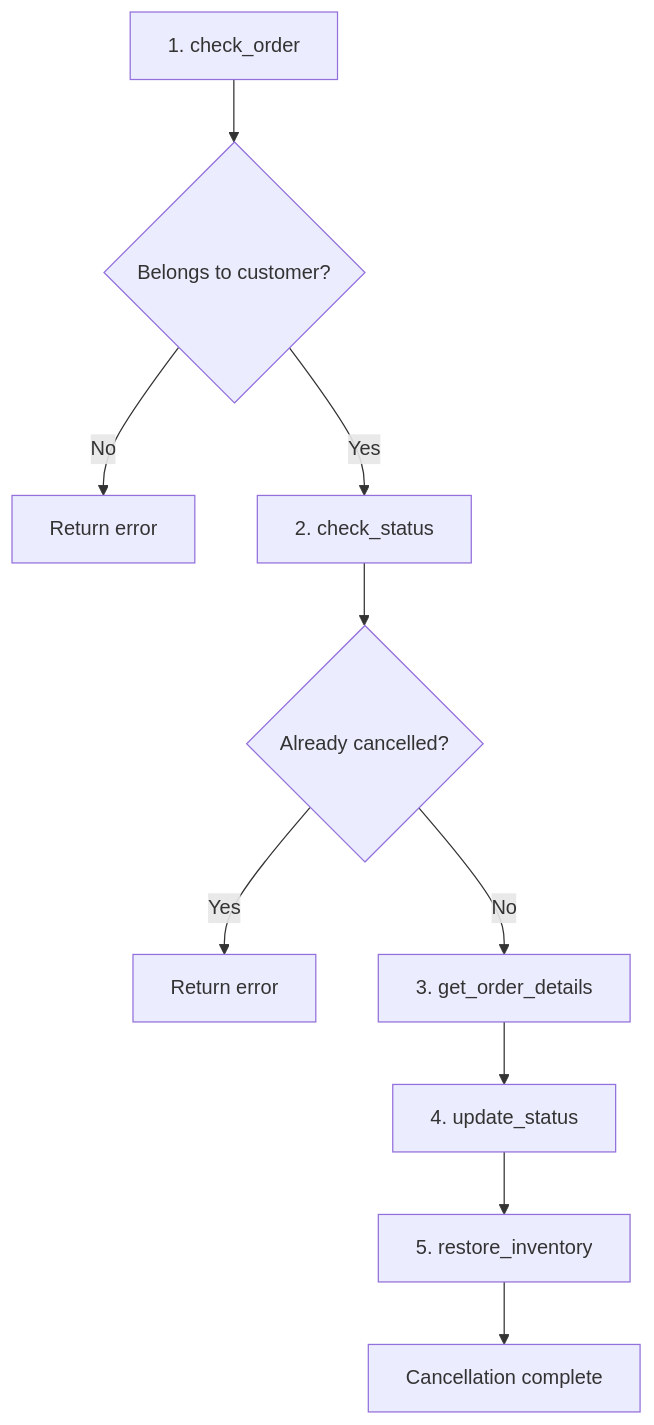
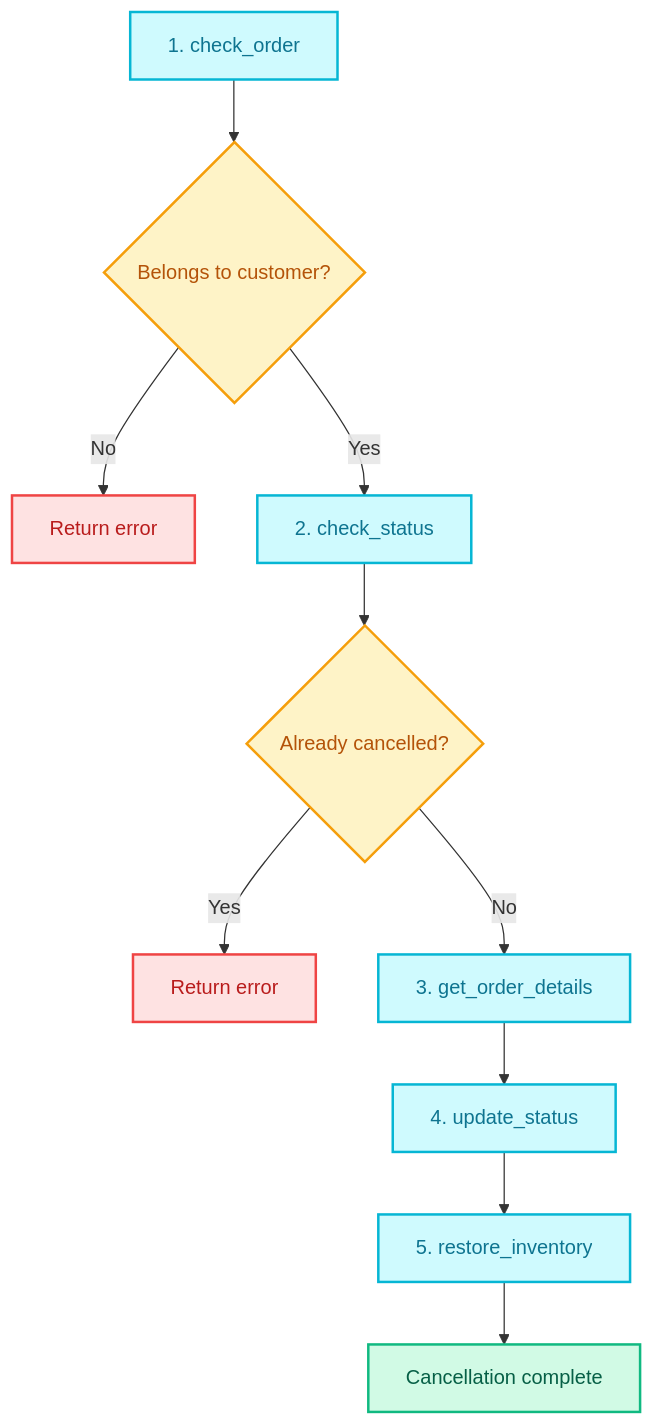
The diagram in docs/assets/diagrams/prompts/customer_cancel_order_sql_1.mmd (mhokchuekchuek/mtl_agent), drawn with Mermaid before and after one commit. The commit also changed 10 other files, not shown here.

Commit message:
docs: update mermaid diagram files

```diff
--- a/docs/assets/diagrams/prompts/customer_cancel_order_sql_1.mmd
+++ b/docs/assets/diagrams/prompts/customer_cancel_order_sql_1.mmd
@@ -1,10 +1,20 @@
 flowchart TD
     A[1. check_order] --> B{Belongs to customer?}
     B -->|No| ERR1[Return error]
     B -->|Yes| C[2. check_status]
     C --> D{Already cancelled?}
     D -->|Yes| ERR2[Return error]
     D -->|No| E[3. get_order_details]
     E --> F[4. update_status]
     F --> G[5. restore_inventory]
     G --> OK[Cancellation complete]
+
+    classDef step fill:#cffafe,stroke:#06b6d4,stroke-width:2px,color:#0e7490
+    classDef decision fill:#fef3c7,stroke:#f59e0b,stroke-width:2px,color:#b45309
+    classDef error fill:#fee2e2,stroke:#ef4444,stroke-width:2px,color:#b91c1c
+    classDef success fill:#d1fae5,stroke:#10b981,stroke-width:2px,color:#065f46
+
+    class A,C,E,F,G step
+    class B,D decision
+    class ERR1,ERR2 error
+    class OK success
```
